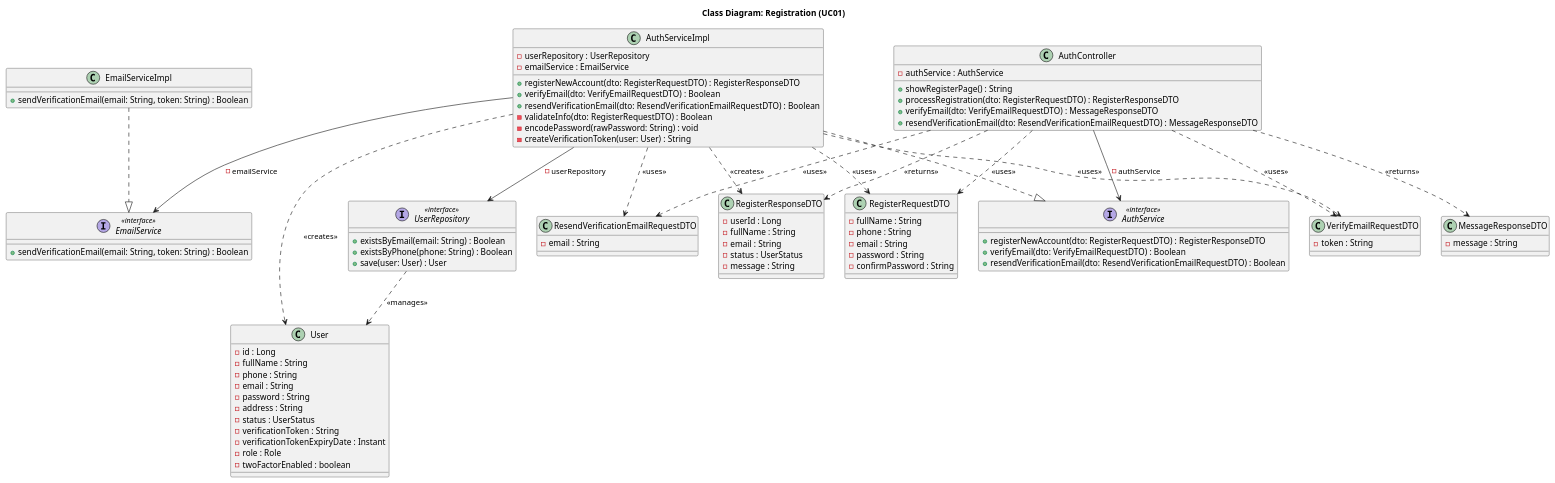
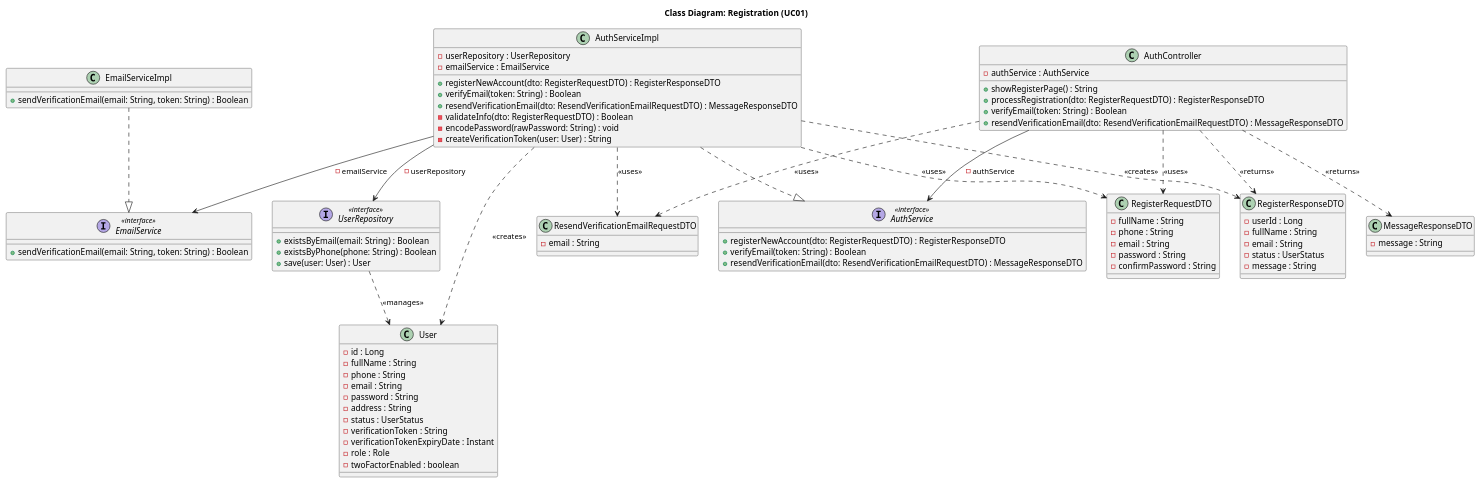
One commit to Peterdir/fashion-store-system changed the diagram in src/main/java/org/example/fashionstoresystem/uml/Class/CD01_Registration.puml. Above: the diagram before and after it, drawn with PlantUML. The commit also changed 7 other files, not shown here.

```diff
--- a/src/main/java/org/example/fashionstoresystem/uml/Class/CD01_Registration.puml
+++ b/src/main/java/org/example/fashionstoresystem/uml/Class/CD01_Registration.puml
@@ -1,120 +1,118 @@
 @startuml
 title Class Diagram: Registration (UC01)
 
 ' Controller
 
 class AuthController {
     - authService : AuthService
     + showRegisterPage() : String
     + processRegistration(dto: RegisterRequestDTO) : RegisterResponseDTO
-    + verifyEmail(dto: VerifyEmailRequestDTO) : MessageResponseDTO
+    + verifyEmail(token: String) : Boolean
     + resendVerificationEmail(dto: ResendVerificationEmailRequestDTO) : MessageResponseDTO
 }
 
 'Service
 
 interface AuthService <<interface>> {
     + registerNewAccount(dto: RegisterRequestDTO) : RegisterResponseDTO
-    + verifyEmail(dto: VerifyEmailRequestDTO) : Boolean
-    + resendVerificationEmail(dto: ResendVerificationEmailRequestDTO) : Boolean
+    + verifyEmail(token: String) : Boolean
+    + resendVerificationEmail(dto: ResendVerificationEmailRequestDTO) : MessageResponseDTO
 }
 
 class AuthServiceImpl {
     - userRepository : UserRepository
     - emailService : EmailService
     + registerNewAccount(dto: RegisterRequestDTO) : RegisterResponseDTO
-    + verifyEmail(dto: VerifyEmailRequestDTO) : Boolean
-    + resendVerificationEmail(dto: ResendVerificationEmailRequestDTO) : Boolean
+    + verifyEmail(token: String) : Boolean
+    + resendVerificationEmail(dto: ResendVerificationEmailRequestDTO) : MessageResponseDTO
     - validateInfo(dto: RegisterRequestDTO) : Boolean
     - encodePassword(rawPassword: String) : void
     - createVerificationToken(user: User) : String
 }
 
 interface EmailService <<interface>> {
     + sendVerificationEmail(email: String, token: String) : Boolean
 }
 
 class EmailServiceImpl {
     + sendVerificationEmail(email: String, token: String) : Boolean
 }
 
 ' Repository
 
 interface UserRepository <<interface>> {
     + existsByEmail(email: String) : Boolean
     + existsByPhone(phone: String) : Boolean
     + save(user: User) : User
 }
 
 
 ' DTO
 
 class RegisterRequestDTO {
     - fullName : String
     - phone : String
     - email : String
     - password : String
     - confirmPassword : String
 }
 
 class RegisterResponseDTO {
     - userId : Long
     - fullName : String
     - email : String
     - status : UserStatus
     - message : String
 }
 
-class VerifyEmailRequestDTO {
-    - token : String
-}
+
 
 class ResendVerificationEmailRequestDTO {
     - email : String
 }
 
 class MessageResponseDTO {
     - message : String
 }
 
 ' Entity
 
 class User {
     - id : Long
     - fullName : String
     - phone : String
     - email : String
     - password : String
     - address : String
     - status : UserStatus
     - verificationToken : String
     - verificationTokenExpiryDate : Instant
     - role : Role
     - twoFactorEnabled : boolean
 }
 
 ' Relationships
 
 ' Class implement Interface
 AuthServiceImpl ..|> AuthService
 EmailServiceImpl ..|> EmailService
 
 ' Dependency Injection
 AuthController --> AuthService : - authService
 AuthServiceImpl --> UserRepository : - userRepository
 AuthServiceImpl --> EmailService : - emailService
 
 ' Object Usage
 AuthController ..> RegisterRequestDTO : <<uses>>
 AuthController ..> RegisterResponseDTO : <<returns>>
-AuthController ..> VerifyEmailRequestDTO : <<uses>>
+
 AuthController ..> ResendVerificationEmailRequestDTO : <<uses>>
 AuthController ..> MessageResponseDTO : <<returns>>
 
 AuthServiceImpl ..> RegisterRequestDTO : <<uses>>
 AuthServiceImpl ..> RegisterResponseDTO : <<creates>>
-AuthServiceImpl ..> VerifyEmailRequestDTO : <<uses>>
+
 AuthServiceImpl ..> ResendVerificationEmailRequestDTO : <<uses>>
 AuthServiceImpl ..> User : <<creates>>
 UserRepository ..> User : <<manages>>
 @enduml
```
